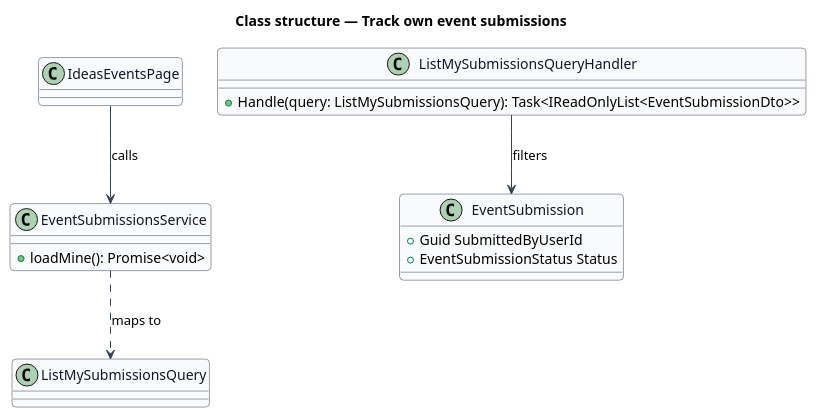
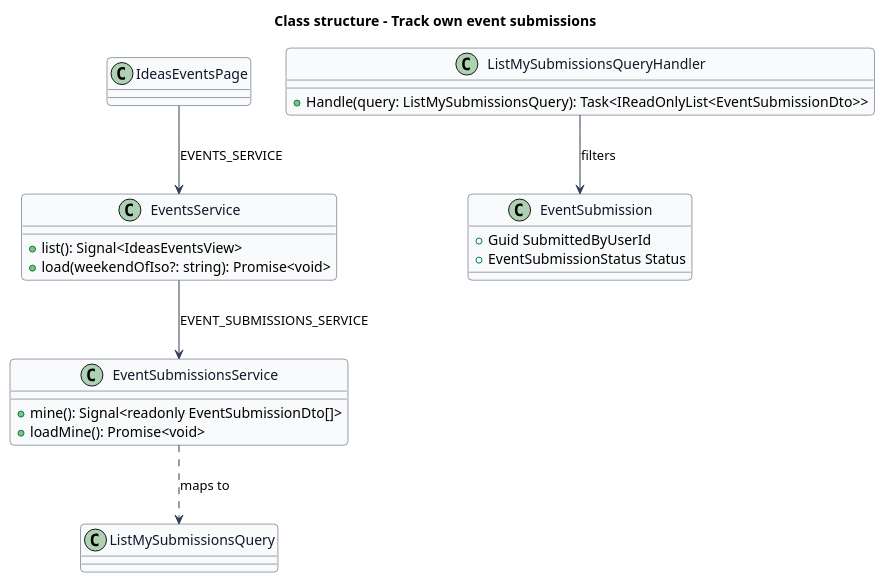
One commit to QuinntyneBrown/saturdaze changed the diagram in docs/detailed-designs/discovery/track-own-event-submissions/diagrams/class-structure.puml. Above: the diagram before and after it, drawn with PlantUML. The commit also changed 289 other files, not shown here.

```diff
--- a/docs/detailed-designs/discovery/track-own-event-submissions/diagrams/class-structure.puml
+++ b/docs/detailed-designs/discovery/track-own-event-submissions/diagrams/class-structure.puml
@@ -1,30 +1,36 @@
 @startuml
 skinparam backgroundColor #FFFFFF
 skinparam shadowing false
 skinparam roundcorner 8
 skinparam defaultFontName Arial
 skinparam ArrowColor #344054
 skinparam class {
   BorderColor #344054
   FontColor #101828
   BackgroundColor #F9FAFB
 }
-title Class structure — Track own event submissions
+title Class structure - Track own event submissions
 
 class IdeasEventsPage
+class EventsService {
+  +list(): Signal<IdeasEventsView>
+  +load(weekendOfIso?: string): Promise<void>
+}
 class EventSubmissionsService {
+  +mine(): Signal<readonly EventSubmissionDto[]>
   +loadMine(): Promise<void>
 }
 class ListMySubmissionsQuery {
 }
 class ListMySubmissionsQueryHandler {
   +Handle(query: ListMySubmissionsQuery): Task<IReadOnlyList<EventSubmissionDto>>
 }
 class EventSubmission {
   +Guid SubmittedByUserId
   +EventSubmissionStatus Status
 }
-IdeasEventsPage --> EventSubmissionsService : calls
+IdeasEventsPage --> EventsService : EVENTS_SERVICE
+EventsService --> EventSubmissionsService : EVENT_SUBMISSIONS_SERVICE
 EventSubmissionsService ..> ListMySubmissionsQuery : maps to
 ListMySubmissionsQueryHandler --> EventSubmission : filters
 @enduml
```
